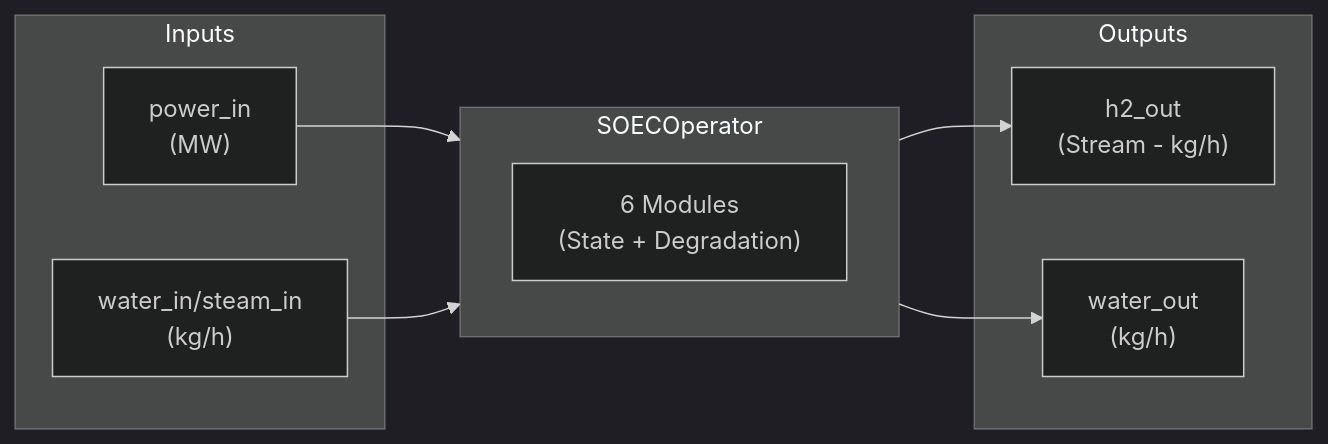
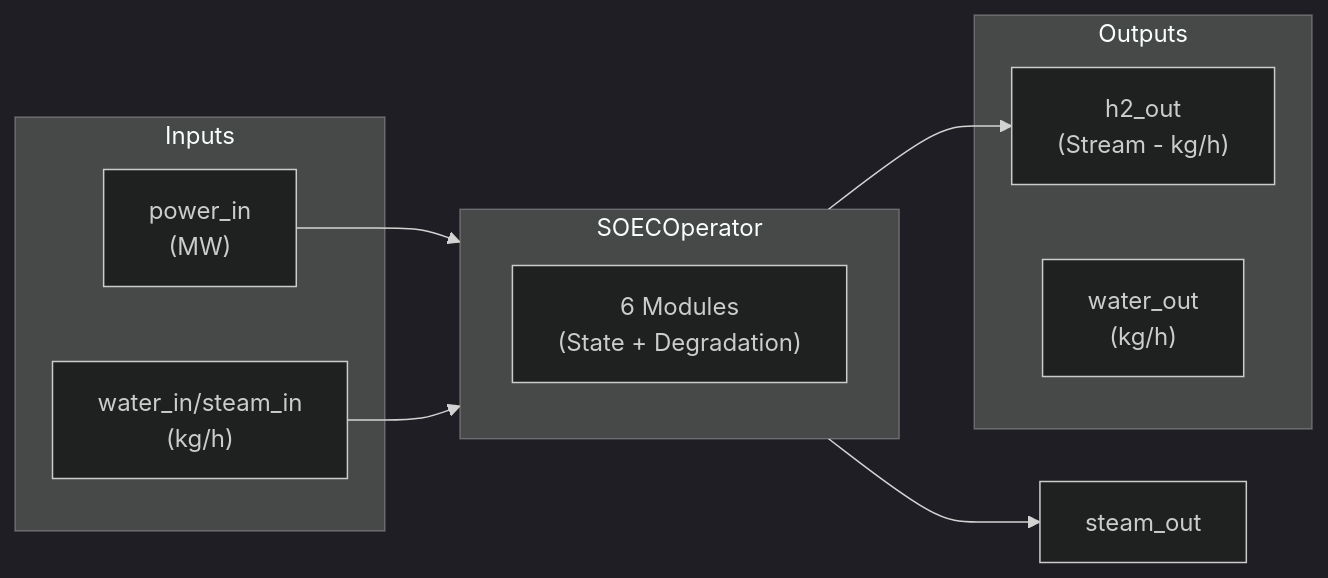
Before and after one commit to utczbr/h2_plant: the fourth of 5 diagrams in docs/diagrams/02_soec_component.md, drawn with Mermaid (dark theme). The commit also changed 8 other files, not shown here.

Commit message:
diagram att.

````diff
--- a/docs/diagrams/02_soec_component.md
+++ b/docs/diagrams/02_soec_component.md
@@ -91,22 +91,22 @@
 ```mermaid
 flowchart LR
     subgraph Inputs
         power_in["power_in<br/>(MW)"]
         steam_in["water_in/steam_in<br/>(kg/h)"]
     end
     
     subgraph SOEC["SOECOperator"]
         direction TB
         Modules["6 Modules<br/>(State + Degradation)"]
     end
     
     subgraph Outputs
         h2_out["h2_out<br/>(Stream - kg/h)"]
         water_out["water_out<br/>(kg/h)"]
     end
     
     power_in --> SOEC
     steam_in --> SOEC
     SOEC --> h2_out
-    SOEC --> water_out
+    SOEC --> steam_out
 ```
````
